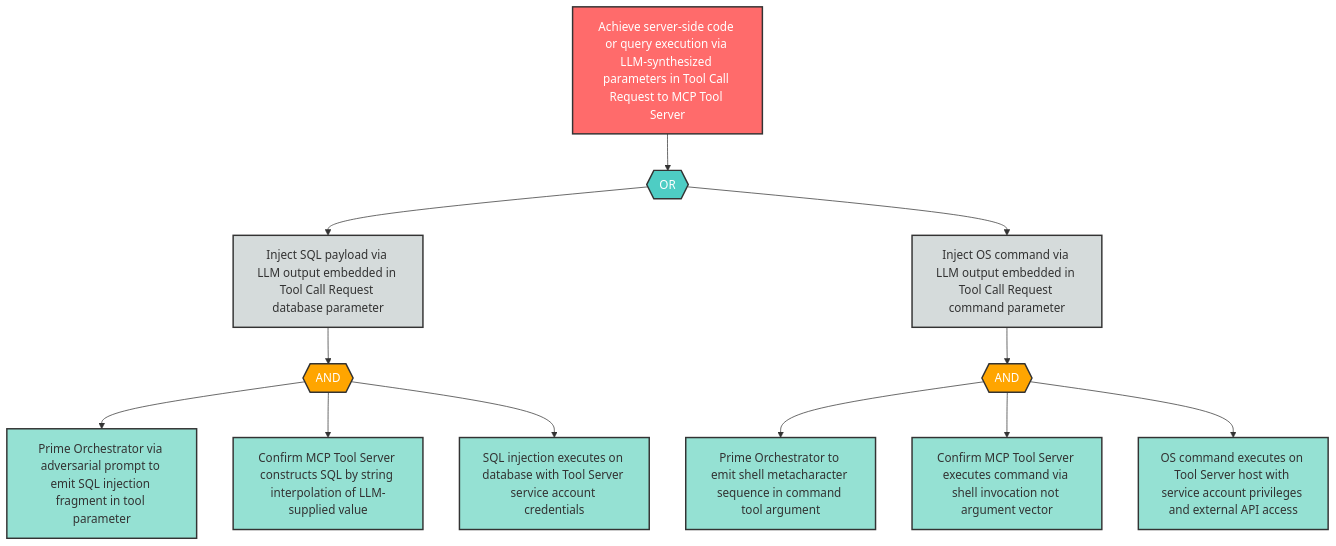
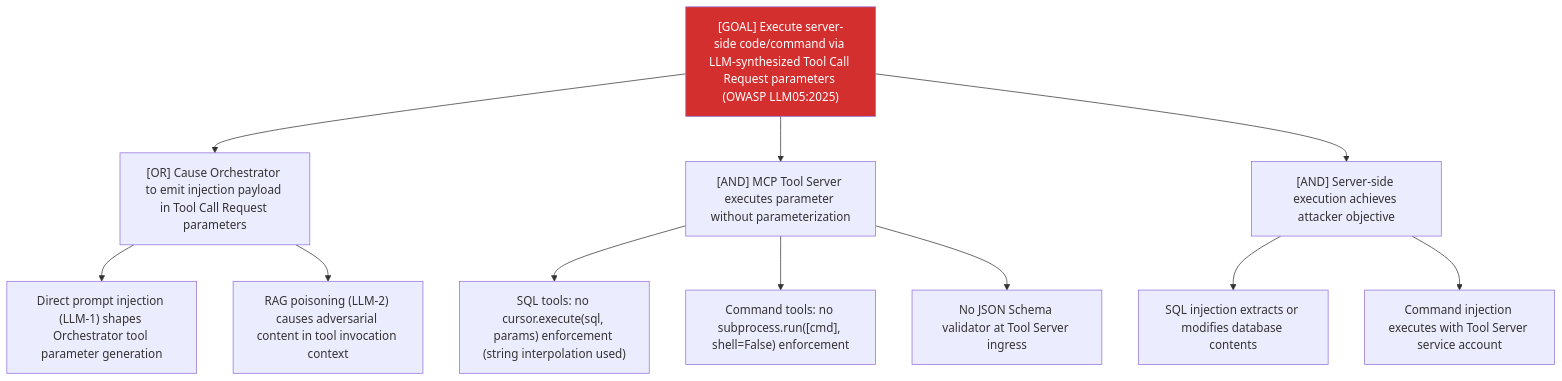
Before and after one commit to q-qp-p/davidmatousek-tachi: the diagram in examples/agentic-app/sample-report/attack-trees/oi-2-attack-tree.md, drawn with Mermaid. The commit also changed other lines of this file and 132 other files, not shown here.

````diff
--- a/examples/agentic-app/sample-report/attack-trees/oi-2-attack-tree.md
+++ b/examples/agentic-app/sample-report/attack-trees/oi-2-attack-tree.md
@@ -8,39 +7,16 @@
 ```mermaid
-flowchart TD
-    OI2_root["Achieve server-side code or query execution via LLM-synthesized parameters in Tool Call Request to MCP Tool Server"]
-    OI2_or1{{"OR"}}
-    OI2_sub1["Inject SQL payload via LLM output embedded in Tool Call Request database parameter"]
-    OI2_sub2["Inject OS command via LLM output embedded in Tool Call Request command parameter"]
-    OI2_and1{{"AND"}}
-    OI2_leaf1["Prime Orchestrator via adversarial prompt to emit SQL injection fragment in tool parameter"]
-    OI2_leaf2["Confirm MCP Tool Server constructs SQL by string interpolation of LLM-supplied value"]
-    OI2_leaf3["SQL injection executes on database with Tool Server service account credentials"]
-    OI2_and2{{"AND"}}
-    OI2_leaf4["Prime Orchestrator to emit shell metacharacter sequence in command tool argument"]
-    OI2_leaf5["Confirm MCP Tool Server executes command via shell invocation not argument vector"]
-    OI2_leaf6["OS command executes on Tool Server host with service account privileges and external API access"]
-
-    OI2_root --> OI2_or1
-    OI2_or1 --> OI2_sub1
-    OI2_or1 --> OI2_sub2
-    OI2_sub1 --> OI2_and1
-    OI2_and1 --> OI2_leaf1
-    OI2_and1 --> OI2_leaf2
-    OI2_and1 --> OI2_leaf3
-    OI2_sub2 --> OI2_and2
-    OI2_and2 --> OI2_leaf4
-    OI2_and2 --> OI2_leaf5
-    OI2_and2 --> OI2_leaf6
-
-    classDef goal fill:#ff6b6b,stroke:#333,stroke-width:2px,color:#fff
-    classDef andGate fill:#ffa500,stroke:#333,stroke-width:2px,color:#fff
-    classDef orGate fill:#4ecdc4,stroke:#333,stroke-width:2px,color:#fff
-    classDef subGoal fill:#d5dbdb,stroke:#333,stroke-width:2px,color:#333
-    classDef leaf fill:#95e1d3,stroke:#333,stroke-width:2px,color:#333
-
-    class OI2_root goal
-    class OI2_or1 orGate
-    class OI2_and1,OI2_and2 andGate
-    class OI2_sub1,OI2_sub2 subGoal
-    class OI2_leaf1,OI2_leaf2,OI2_leaf3,OI2_leaf4,OI2_leaf5,OI2_leaf6 leaf
+graph TD
+    Goal["[GOAL] Execute server-side code/command via LLM-synthesized Tool Call Request parameters (OWASP LLM05:2025)"]
+    Goal --> A["[OR] Cause Orchestrator to emit injection payload in Tool Call Request parameters"]
+    A --> A1["Direct prompt injection (LLM-1) shapes Orchestrator tool parameter generation"]
+    A --> A2["RAG poisoning (LLM-2) causes adversarial content in tool invocation context"]
+    Goal --> B["[AND] MCP Tool Server executes parameter without parameterization"]
+    B --> B1["SQL tools: no cursor.execute(sql, params) enforcement (string interpolation used)"]
+    B --> B2["Command tools: no subprocess.run([cmd], shell=False) enforcement"]
+    B --> B3["No JSON Schema validator at Tool Server ingress"]
+    Goal --> C["[AND] Server-side execution achieves attacker objective"]
+    C --> C1["SQL injection extracts or modifies database contents"]
+    C --> C2["Command injection executes with Tool Server service account"]
+    classDef critical fill:#d32f2f,color:#fff
+    class Goal critical
 ```
````
